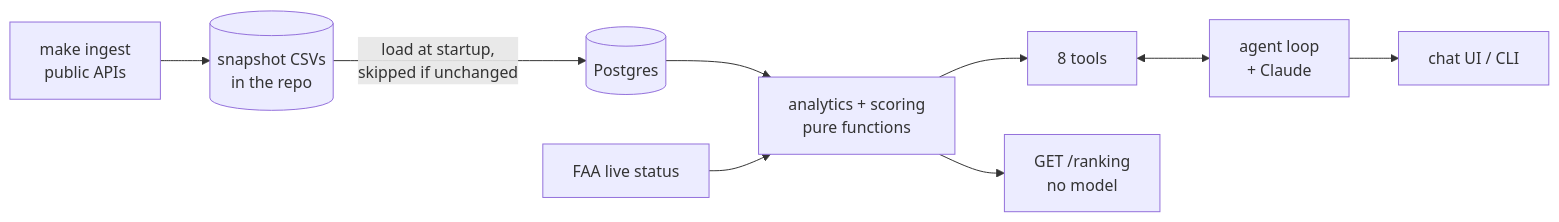
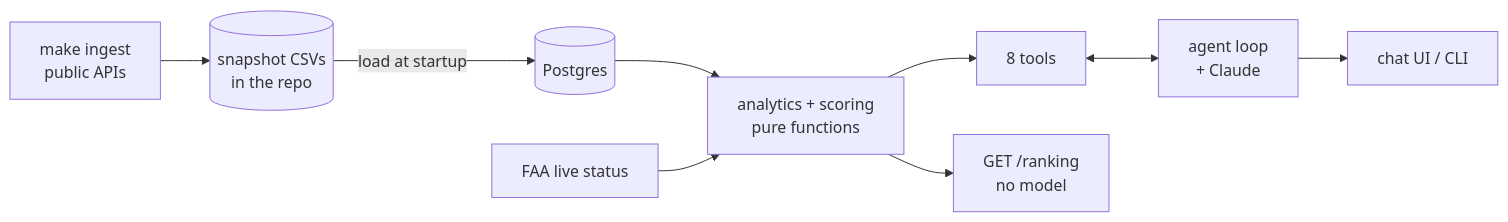
Before and after one commit to gavriale/airport-intelligence-agent: the diagram in DESIGN.md, drawn with Mermaid. The commit also changed other lines of this file and 6 other files, not shown here.

````diff
--- a/DESIGN.md
+++ b/DESIGN.md
@@ -16,11 +31,11 @@
 ```mermaid
 flowchart LR
     I[make ingest<br/>public APIs] --> S[(snapshot CSVs<br/>in the repo)]
-    S -->|load at startup,<br/>skipped if unchanged| P[(Postgres)]
+    S -->|load at startup| P[(Postgres)]
     P --> A[analytics + scoring<br/>pure functions]
     F[FAA live status] --> A
     A --> T[8 tools]
     T <--> L[agent loop<br/>+ Claude]
     L --> U[chat UI / CLI]
     A --> R[GET /ranking<br/>no model]
 ```
````
